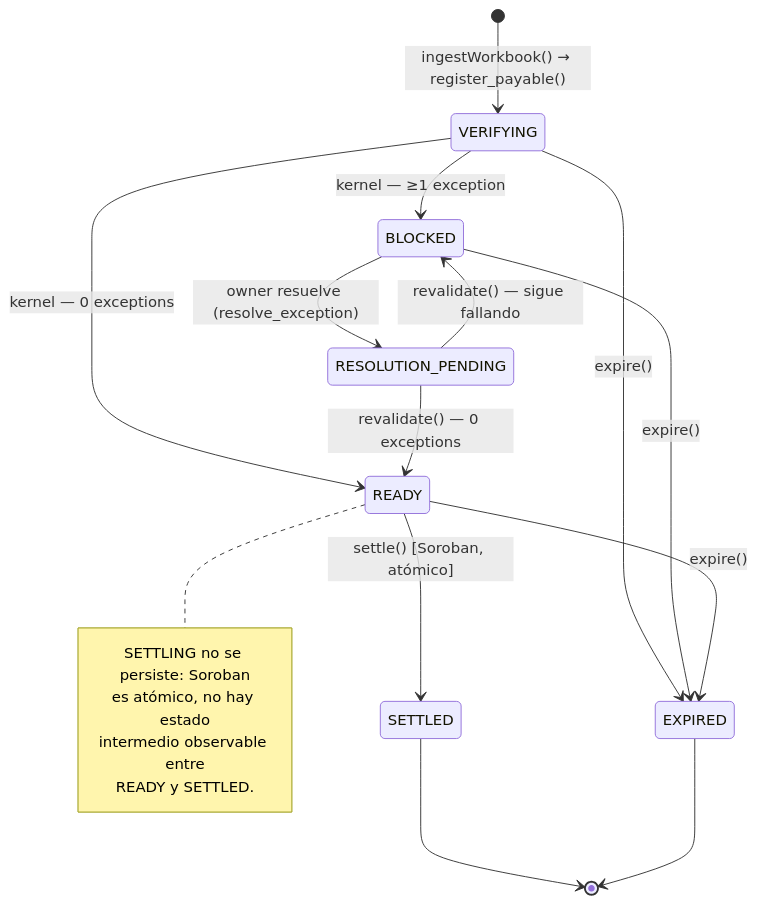
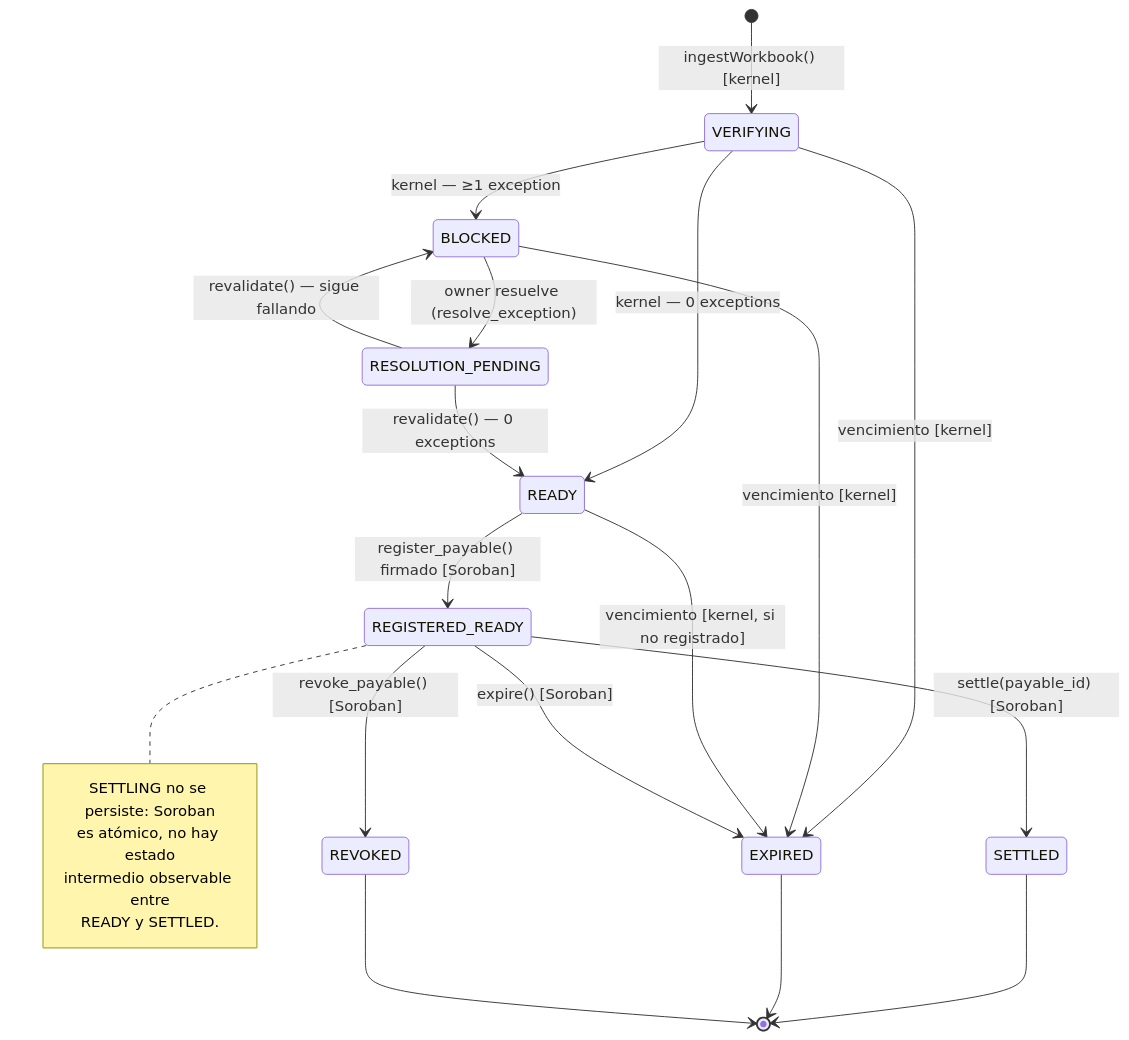
One commit to devmondoss/pakta changed the seventh of 8 diagrams in docs/implementation/Pakta_Arquitectura_Flujo.md. Above: the diagram before and after it, drawn with Mermaid. The commit also changed other lines of this file and 9 other files, not shown here.

````diff
--- a/docs/implementation/Pakta_Arquitectura_Flujo.md
+++ b/docs/implementation/Pakta_Arquitectura_Flujo.md
@@ -342,27 +342,31 @@
 ```mermaid
 stateDiagram-v2
-    [*] --> VERIFYING: ingestWorkbook() → register_payable()
+    [*] --> VERIFYING: ingestWorkbook() [kernel]
 
     VERIFYING --> READY: kernel — 0 exceptions
     VERIFYING --> BLOCKED: kernel — ≥1 exception
 
     BLOCKED --> RESOLUTION_PENDING: owner resuelve (resolve_exception)
     RESOLUTION_PENDING --> READY: revalidate() — 0 exceptions
     RESOLUTION_PENDING --> BLOCKED: revalidate() — sigue fallando
 
-    READY --> SETTLED: settle() [Soroban, atómico]
+    READY --> REGISTERED_READY: register_payable() firmado [Soroban]
+    REGISTERED_READY --> SETTLED: settle(payable_id) [Soroban]
 
-    VERIFYING --> EXPIRED: expire()
-    BLOCKED --> EXPIRED: expire()
-    READY --> EXPIRED: expire()
+    VERIFYING --> EXPIRED: vencimiento [kernel]
+    BLOCKED --> EXPIRED: vencimiento [kernel]
+    READY --> EXPIRED: vencimiento [kernel, si no registrado]
+    REGISTERED_READY --> EXPIRED: expire() [Soroban]
+    REGISTERED_READY --> REVOKED: revoke_payable() [Soroban]
 
     SETTLED --> [*]
     EXPIRED --> [*]
+    REVOKED --> [*]
 
-    note right of READY
+    note right of REGISTERED_READY
         SETTLING no se persiste: Soroban
         es atómico, no hay estado
         intermedio observable entre
         READY y SETTLED.
     end note
 ```
````
